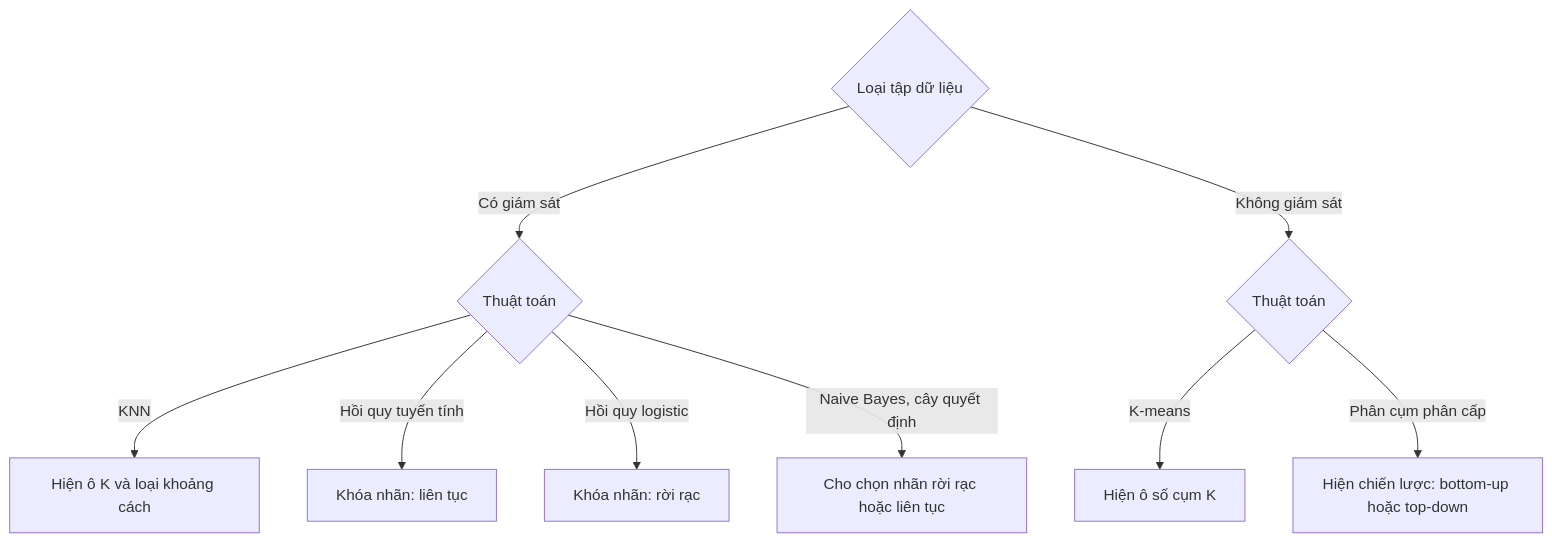
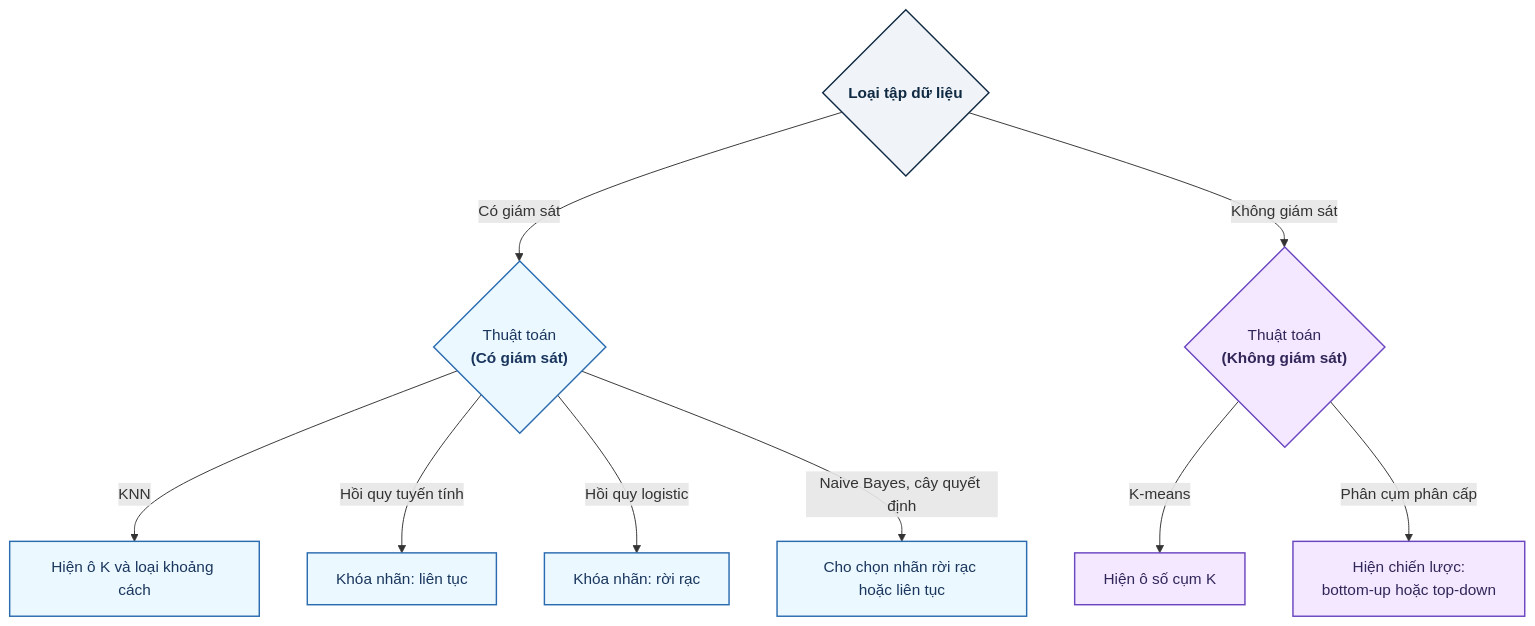
The fourth of 5 diagrams in README.md (huynhthanhphong231004IT/Website_MayHocCoBan), drawn with Mermaid before and after one commit.

````diff
--- a/README.md
+++ b/README.md
@@ -181,12 +181,31 @@
 ```mermaid
 flowchart TD
-    S{Loại tập dữ liệu}
-    S -->|Có giám sát| A{Thuật toán}
-    S -->|Không giám sát| U{Thuật toán}
-    A -->|KNN| A1[Hiện ô K và loại khoảng cách]
-    A -->|Hồi quy tuyến tính| A2[Khóa nhãn: liên tục]
-    A -->|Hồi quy logistic| A3[Khóa nhãn: rời rạc]
-    A -->|Naive Bayes, cây quyết định| A4[Cho chọn nhãn rời rạc hoặc liên tục]
-    U -->|K-means| U1[Hiện ô số cụm K]
-    U -->|Phân cụm phân cấp| U2[Hiện chiến lược: bottom-up hoặc top-down]
+    %% Định nghĩa phong cách chuẩn Paper (Academic style)
+    classDef decision fill:#F0F4F8,stroke:#102A43,stroke-width:1.5px,color:#102A43,font-weight:bold;
+    classDef supervised fill:#EBF8FF,stroke:#2B6CB0,stroke-width:1.5px,color:#1A365D;
+    classDef unsupervised fill:#F3E8FF,stroke:#6B46C1,stroke-width:1.5px,color:#322659;
+
+    %% Các nút phân nhánh chính
+    S{"Loại tập dữ liệu"}:::decision
+    
+    A{"Thuật toán<br/><b>(Có giám sát)</b>"}:::supervised
+    U{"Thuật toán<br/><b>(Không giám sát)</b>"}:::unsupervised
+
+    %% Các nhánh có giám sát
+    A -->|KNN| A1["Hiện ô K và loại khoảng cách"]
+    A -->|Hồi quy tuyến tính| A2["Khóa nhãn: liên tục"]
+    A -->|Hồi quy logistic| A3["Khóa nhãn: rời rạc"]
+    A -->|Naive Bayes, cây quyết định| A4["Cho chọn nhãn rời rạc hoặc liên tục"]
+
+    %% Các nhánh không giám sát
+    U -->|K-means| U1["Hiện ô số cụm K"]
+    U -->|Phân cụm phân cấp| U2["Hiện chiến lược:<br/>bottom-up hoặc top-down"]
+
+    %% Kết nối từ gốc
+    S -->|Có giám sát| A
+    S -->|Không giám sát| U
+
+    %% Gán class màu sắc chi tiết cho các nút kết quả
+    class A1,A2,A3,A4 supervised;
+    class U1,U2 unsupervised;
 ```
````
